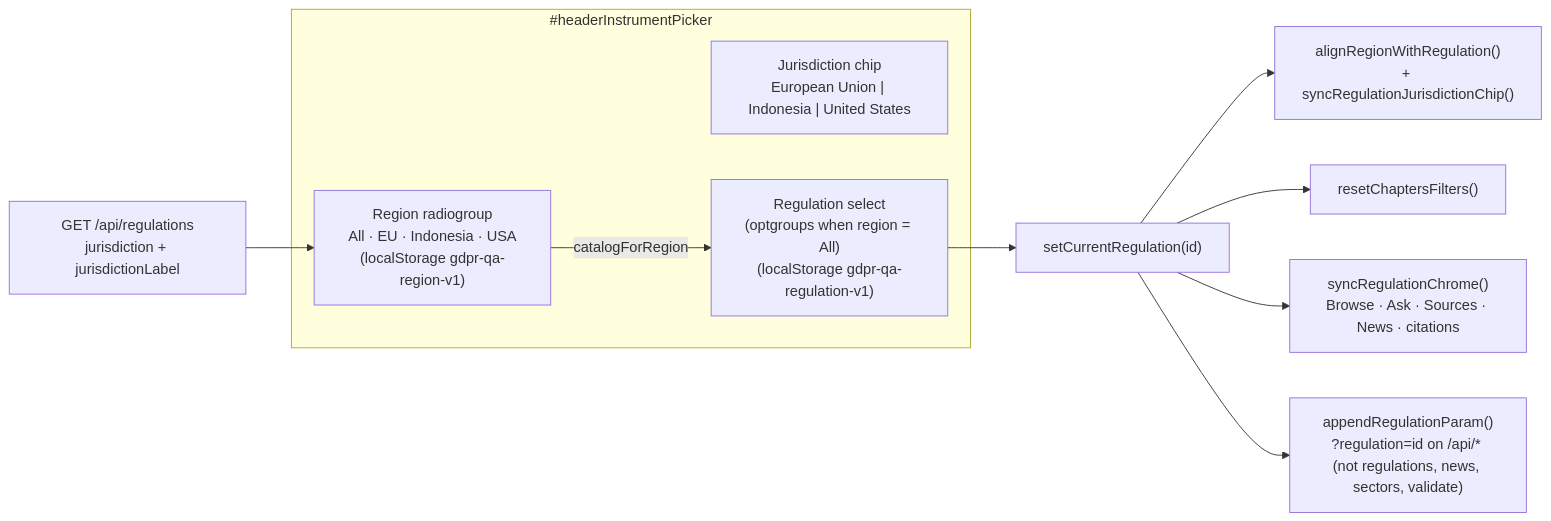
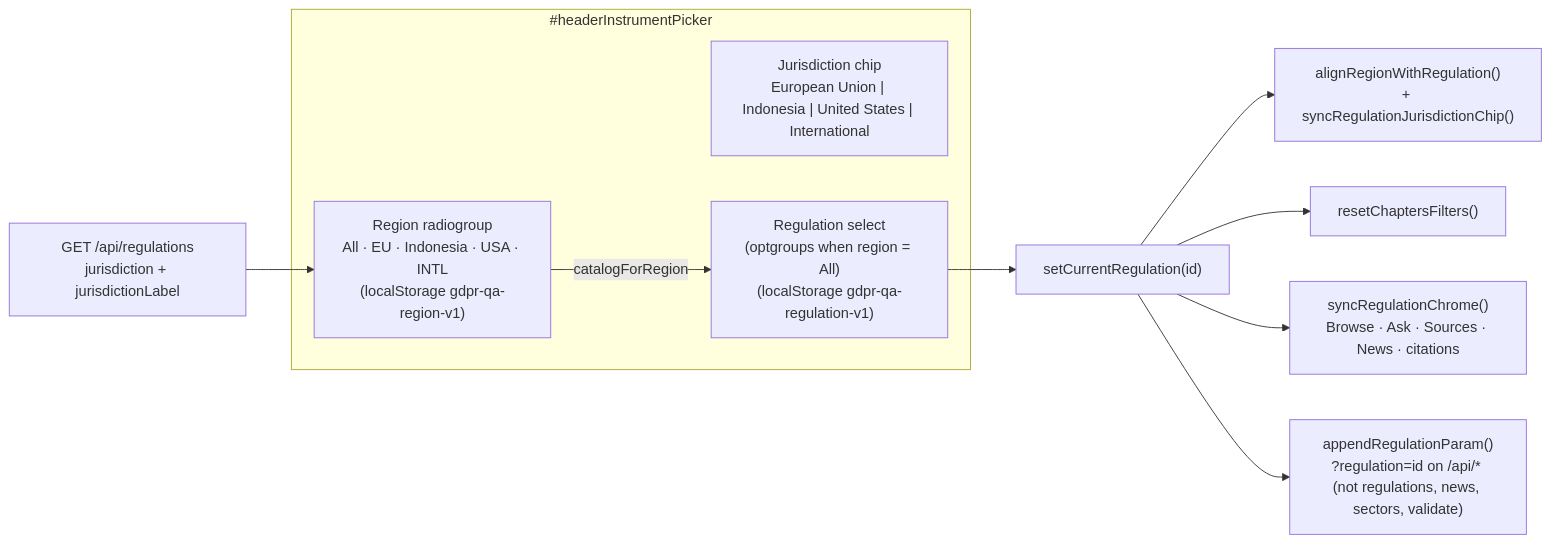
The third of 8 diagrams in docs/ARCHITECTURE.md (RifqiMT/gdpr-qa-platform), drawn with Mermaid before and after one commit. The commit also changed other lines of this file and 55 other files, not shown here.

````diff
--- a/docs/ARCHITECTURE.md
+++ b/docs/ARCHITECTURE.md
@@ -137,16 +164,16 @@
 ```mermaid
 flowchart LR
   subgraph chrome["#headerInstrumentPicker"]
-    region["Region radiogroup\nAll · EU · Indonesia · USA\n(localStorage gdpr-qa-region-v1)"]
-    chip["Jurisdiction chip\nEuropean Union | Indonesia | United States"]
+    region["Region radiogroup\nAll · EU · Indonesia · USA · INTL\n(localStorage gdpr-qa-region-v1)"]
+    chip["Jurisdiction chip\nEuropean Union | Indonesia | United States | International"]
     select["Regulation select\n(optgroups when region = All)\n(localStorage gdpr-qa-regulation-v1)"]
   end
   catalog["GET /api/regulations\njurisdiction + jurisdictionLabel"]
   region -->|catalogForRegion| select
   catalog --> region
   select --> setReg["setCurrentRegulation(id)"]
   setReg --> align["alignRegionWithRegulation()\n+ syncRegulationJurisdictionChip()"]
   setReg --> reset["resetChaptersFilters()"]
   setReg --> sync["syncRegulationChrome()\nBrowse · Ask · Sources · News · citations"]
   setReg --> api["appendRegulationParam()\n?regulation=id on /api/* (not regulations, news, sectors, validate)"]
 ```
````
